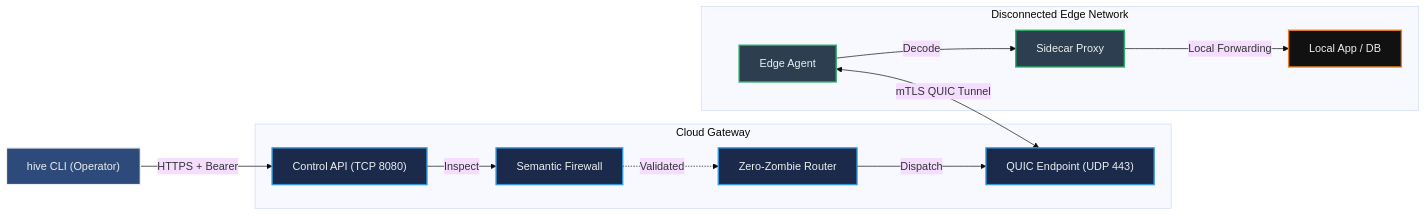
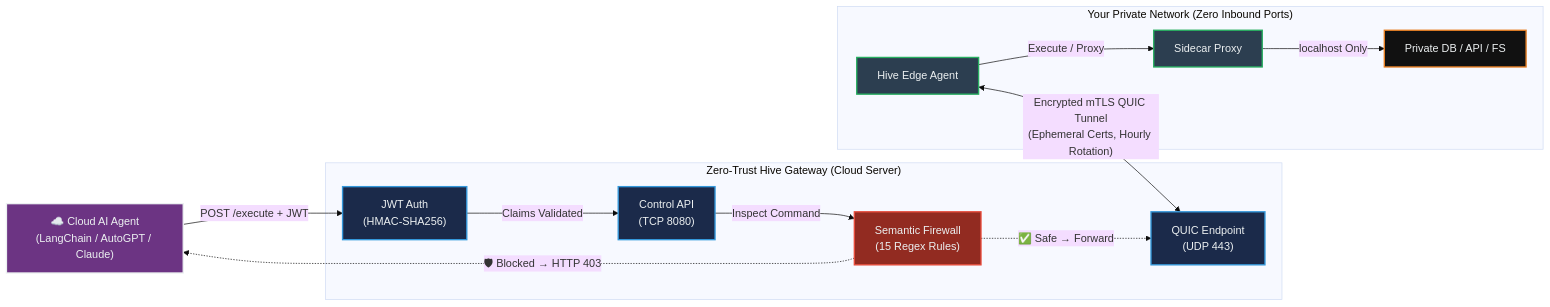
The diagram in README.md (AhirTech1/zero-trust-hive), drawn with Mermaid (base theme) before and after one commit. The commit also changed other lines of this file and 16 other files, not shown here.

First line of the commit message:
feat: complete pivot to Zero-Trust AI Agent infrastructure

`````diff
--- a/README.md
+++ b/README.md
@@ -39,32 +45,34 @@
 ```mermaid
 flowchart LR
-    classDef operator fill:#2D4A7A,stroke:#ECF0F1,stroke-width:2px,color:#ECF0F1;
+    classDef agent fill:#6C3483,stroke:#ECF0F1,stroke-width:2px,color:#ECF0F1;
     classDef cloud fill:#1B2A4A,stroke:#3498DB,stroke-width:2px,color:#ECF0F1;
+    classDef firewall fill:#922B21,stroke:#E74C3C,stroke-width:2px,color:#ECF0F1;
     classDef edge fill:#2C3E50,stroke:#27AE60,stroke-width:2px,color:#ECF0F1;
     classDef target fill:#111111,stroke:#E67E22,stroke-width:2px,color:#ECF0F1;
 
-    CLI["hive CLI (Operator)"]:::operator
+    AI["☁️ Cloud AI Agent<br/>(LangChain / AutoGPT / Claude)"]:::agent
 
-    subgraph Cloud Gateway
-        API["Control API (TCP 8080)"]:::cloud
-        FW["Semantic Firewall"]:::cloud
-        Router["Zero-Zombie Router"]:::cloud
-        QUICGW["QUIC Endpoint (UDP 443)"]:::cloud
+    subgraph Gateway ["Zero-Trust Hive Gateway (Cloud Server)"]
+        JWT["JWT Auth<br/>(HMAC-SHA256)"]:::cloud
+        FW["Semantic Firewall<br/>(15 Regex Rules)"]:::firewall
+        API["Control API<br/>(TCP 8080)"]:::cloud
+        QUICGW["QUIC Endpoint<br/>(UDP 443)"]:::cloud
     end
 
-    subgraph Disconnected Edge Network
-        QUICAgent["Edge Agent"]:::edge
+    subgraph Private ["Your Private Network (Zero Inbound Ports)"]
+        EdgeAgent["Hive Edge Agent"]:::edge
         Sidecar["Sidecar Proxy"]:::edge
-        TargetAPP["Local App / DB"]:::target
+        DB["Private DB / API / FS"]:::target
     end
 
-    CLI -->|"HTTPS + Bearer"| API
-    API -->|"Inspect"| FW
-    FW -.->|"Validated"| Router
-    Router -->|"Dispatch"| QUICGW
+    AI -->|"POST /execute + JWT"| JWT
+    JWT -->|"Claims Validated"| API
+    API -->|"Inspect Command"| FW
+    FW -.->|"✅ Safe → Forward"| QUICGW
+    FW -.->|"🛡 Blocked → HTTP 403"| AI
 
-    QUICAgent <-->|"mTLS QUIC Tunnel"| QUICGW
+    EdgeAgent <-->|"Encrypted mTLS QUIC Tunnel<br/>(Ephemeral Certs, Hourly Rotation)"| QUICGW
 
-    QUICAgent -->|"Decode"| Sidecar
-    Sidecar -->|"Local Forwarding"| TargetAPP
-````
+    EdgeAgent -->|"Execute / Proxy"| Sidecar
+    Sidecar -->|"localhost Only"| DB
+```
`````
